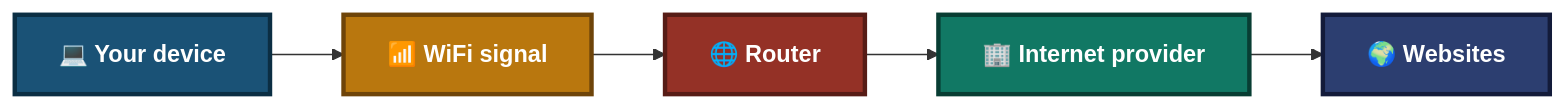
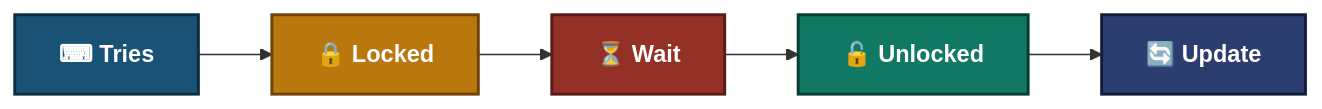
Before and after one commit to malaika-azhar/Customer-Tech-Support-Portfolio: the first of 3 diagrams in 04-Solution-guides/04.5-Password-Reset-Guide.md, drawn with Mermaid. The commit also changed other lines of this file, not shown here.

````diff
--- a/04-Solution-guides/04.5-Password-Reset-Guide.md
+++ b/04-Solution-guides/04.5-Password-Reset-Guide.md
@@ -70,10 +70,9 @@
 ```mermaid
 flowchart LR
-    A["💻 Your device"]:::c0 --> B["📶 WiFi signal"]:::c1 --> C["🌐 Router"]:::c2 --> D["🏢 Internet provider"]:::c3 --> E["🌍 Websites"]:::c4
-
-    classDef c0 fill:#1A5276,stroke:#0B2E43,stroke-width:3px,color:#FFFFFF,font-weight:bold
-    classDef c1 fill:#B9770E,stroke:#6E4409,stroke-width:3px,color:#FFFFFF,font-weight:bold
-    classDef c2 fill:#943126,stroke:#571C16,stroke-width:3px,color:#FFFFFF,font-weight:bold
-    classDef c3 fill:#117864,stroke:#083D33,stroke-width:3px,color:#FFFFFF,font-weight:bold
-    classDef c4 fill:#2C3E70,stroke:#131B3A,stroke-width:3px,color:#FFFFFF,font-weight:bold
+    A["⌨ Tries"]:::c0 --> B["🔒 Locked"]:::c1 --> C["⏳ Wait"]:::c2 --> D["🔓 Unlocked"]:::c3 --> E["🔄 Update"]:::c4
+    classDef c0 fill:#1A5276,stroke:#0B2E43,stroke-width:2px,color:#FFFFFF,font-weight:bold
+    classDef c1 fill:#B9770E,stroke:#6E4409,stroke-width:2px,color:#FFFFFF,font-weight:bold
+    classDef c2 fill:#943126,stroke:#571C16,stroke-width:2px,color:#FFFFFF,font-weight:bold
+    classDef c3 fill:#117864,stroke:#083D33,stroke-width:2px,color:#FFFFFF,font-weight:bold
+    classDef c4 fill:#2C3E70,stroke:#131B3A,stroke-width:2px,color:#FFFFFF,font-weight:bold
 ```
````
